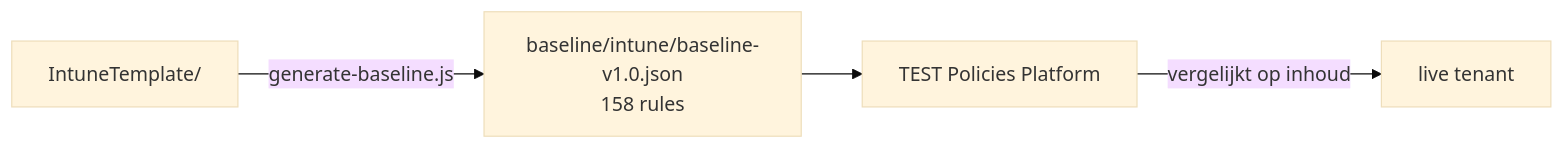
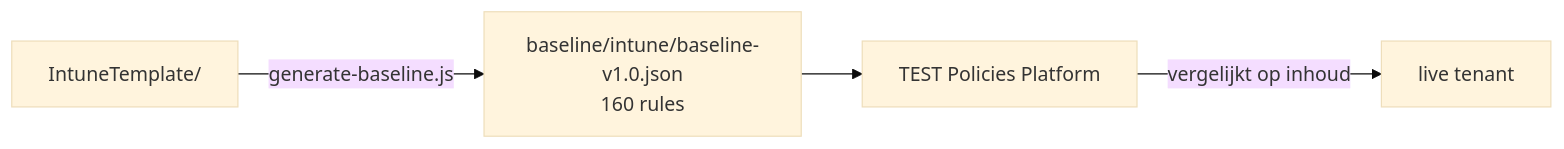
The diagram in baseline/README.md (sjkanon/IntuneBackup), drawn with Mermaid (base theme) before and after one commit. The commit also changed other lines of this file and 12 other files, not shown here.

````diff
--- a/baseline/README.md
+++ b/baseline/README.md
@@ -10,6 +10,6 @@
 ```mermaid
 flowchart LR
-  T["IntuneTemplate/"] -->|generate-baseline.js| B["baseline/intune/baseline-v1.0.json<br/>158 rules"]
+  T["IntuneTemplate/"] -->|generate-baseline.js| B["baseline/intune/baseline-v1.0.json<br/>160 rules"]
   B --> P["TEST Policies Platform"]
   P -->|vergelijkt op inhoud| TEN["live tenant"]
 ```
````
